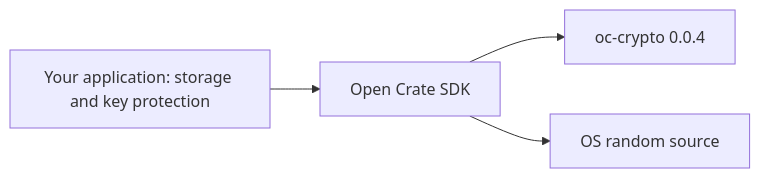
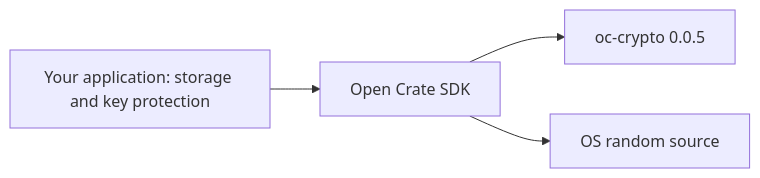
One commit to AlexiAxAxA/OpenCrateSDK changed the diagram in docs/architecture.md. Above: the diagram before and after it, drawn with Mermaid. The commit also changed other lines of this file and 7 other files, not shown here.

````diff
--- a/docs/architecture.md
+++ b/docs/architecture.md
@@ -15,6 +15,6 @@
 ```mermaid
 flowchart LR
   App[Your application: storage and key protection] --> SDK[Open Crate SDK]
-  SDK --> Core[oc-crypto 0.0.4]
+  SDK --> Core[oc-crypto 0.0.5]
   SDK --> OS[OS random source]
 ```
````
